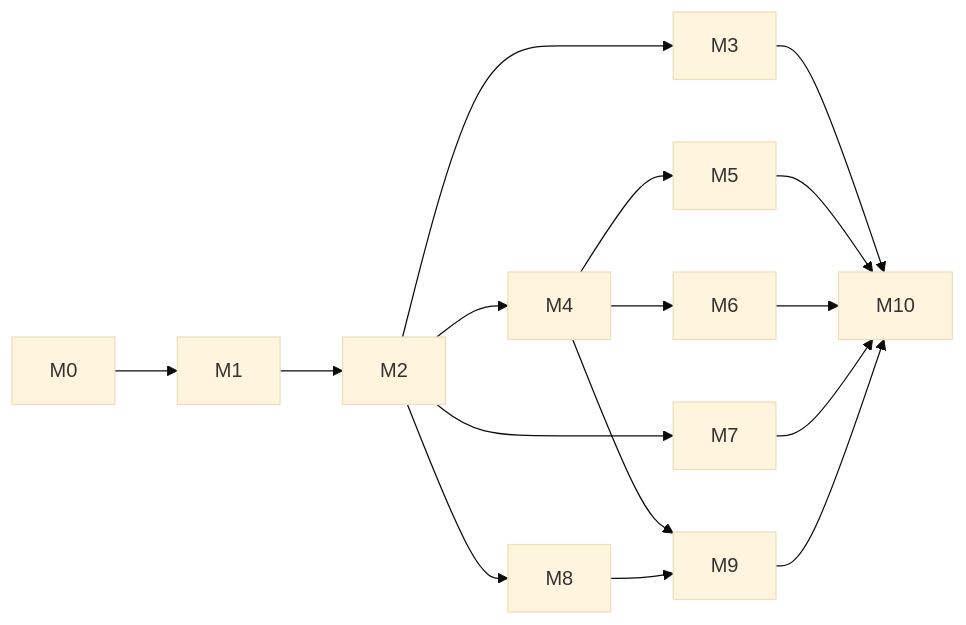
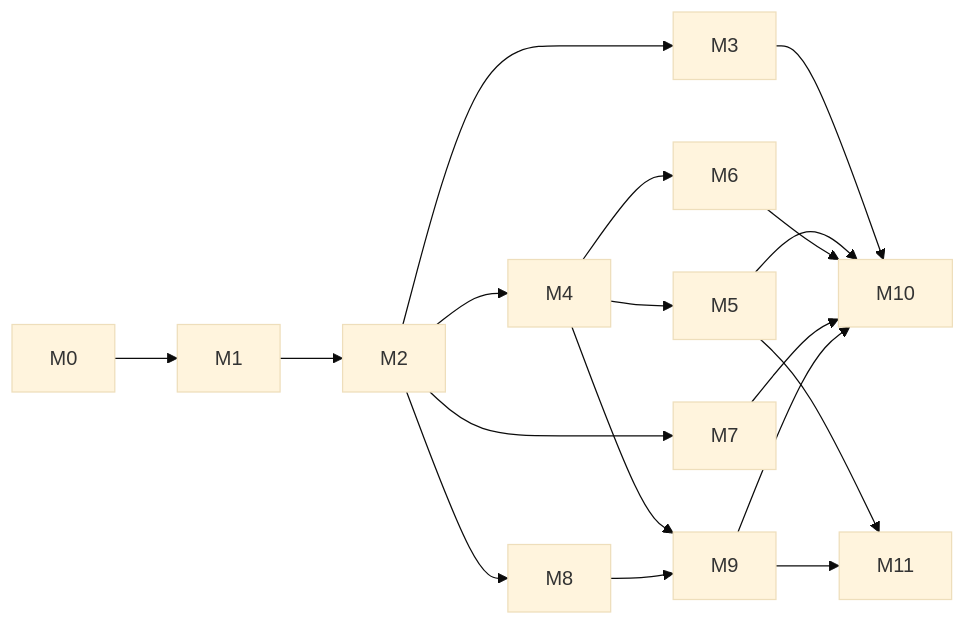
Before and after one commit to Aevonix/Protagine: the diagram in docs/proto-agi/PROTO-AGI-BUILD-PLAN.md, drawn with Mermaid (base theme). The commit also changed other lines of this file and 5 other files, not shown here.

````diff
--- a/docs/proto-agi/PROTO-AGI-BUILD-PLAN.md
+++ b/docs/proto-agi/PROTO-AGI-BUILD-PLAN.md
@@ -41,17 +42,19 @@
 ```mermaid
 flowchart LR
   M0 --> M1 --> M2
   M2 --> M3
   M2 --> M4
   M4 --> M5
   M4 --> M6
   M2 --> M7
   M2 --> M8
   M4 --> M9
   M8 --> M9
   M3 --> M10
   M5 --> M10
   M6 --> M10
   M7 --> M10
   M9 --> M10
+  M5 --> M11
+  M9 --> M11
 ```
````
